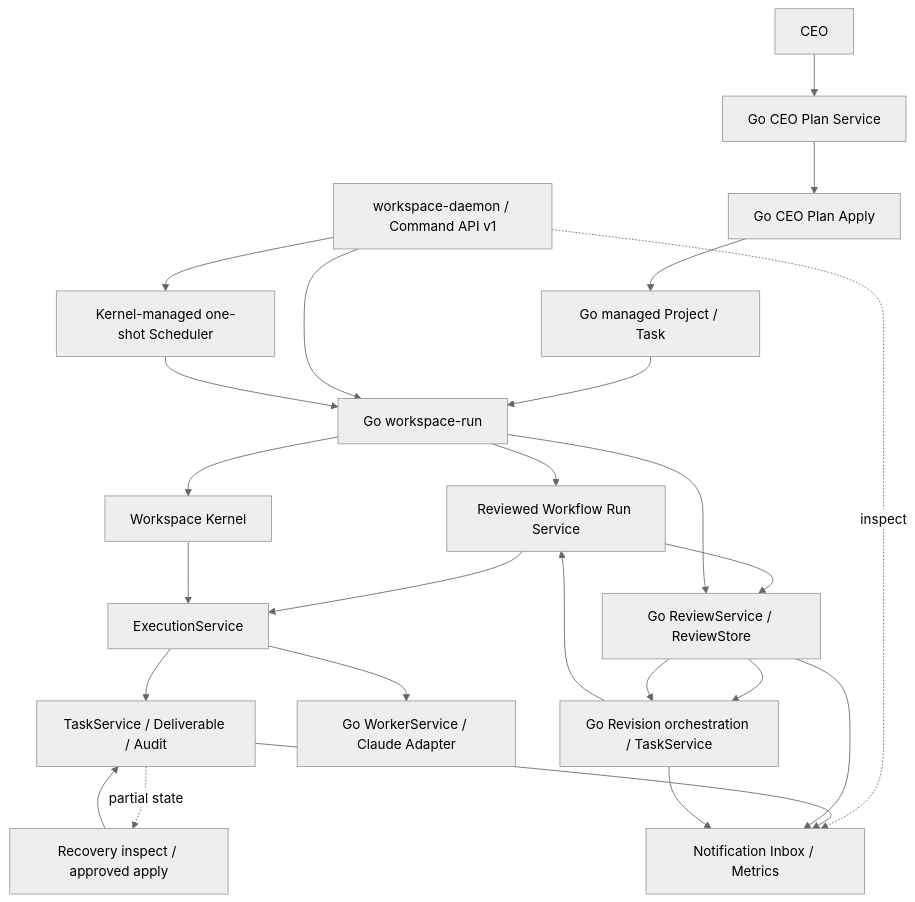
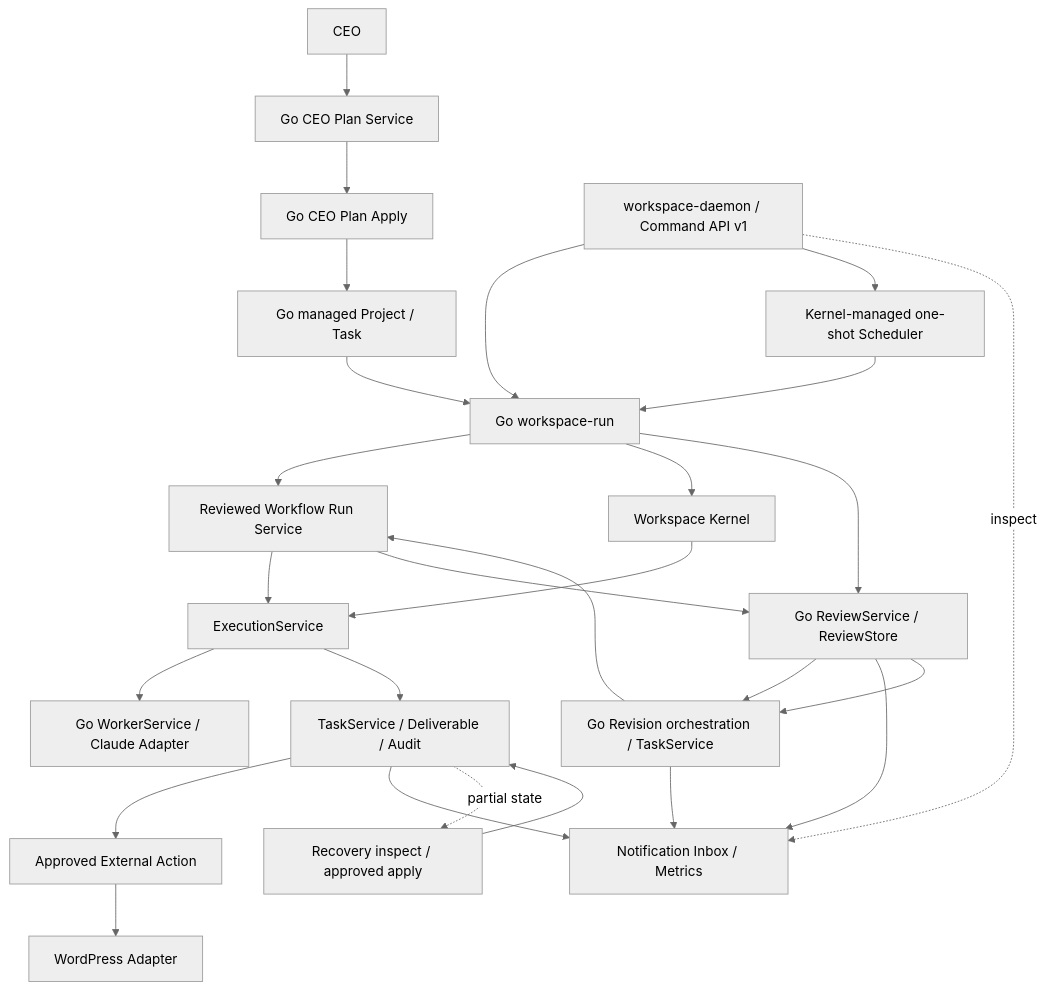
One commit to AkiraShimizu0/WorkCairn changed the diagram in docs/Architecture.md. Above: the diagram before and after it, drawn with Mermaid (neutral theme). The commit also changed other lines of this file and 28 other files, not shown here.

Commit message:
feat: add approved WordPress action adapter

````diff
--- a/docs/Architecture.md
+++ b/docs/Architecture.md
@@ -9,27 +9,29 @@
 ```mermaid
 flowchart TD
     CEO["CEO"] --> Plan["Go CEO Plan Service"]
     Plan --> Apply["Go CEO Plan Apply"]
     Apply --> Workflow["Go managed Project / Task"]
     Workflow --> Run["Go workspace-run"]
     API["workspace-daemon / Command API v1"] --> Run
     API --> Scheduler["Kernel-managed one-shot Scheduler"]
     Scheduler --> Run
     API -. inspect .-> Observe["Notification Inbox / Metrics"]
     Run --> WorkflowRun["Reviewed Workflow Run Service"]
     WorkflowRun --> Execution
     WorkflowRun --> Review
     Review --> Revision
     Revision --> WorkflowRun
     Run --> Kernel["Workspace Kernel"]
     Kernel --> Execution["ExecutionService"]
     Execution --> GoWorker["Go WorkerService / Claude Adapter"]
     Execution --> Task["TaskService / Deliverable / Audit"]
+    Task --> Action["Approved External Action"]
+    Action --> WordPress["WordPress Adapter"]
     Task --> Observe
     Review --> Observe
     Revision --> Observe
     Task -. partial state .-> Recovery["Recovery inspect / approved apply"]
     Recovery --> Task
     Run --> Review["Go ReviewService / ReviewStore"]
     Review --> Revision["Go Revision orchestration / TaskService"]
 ```
````
